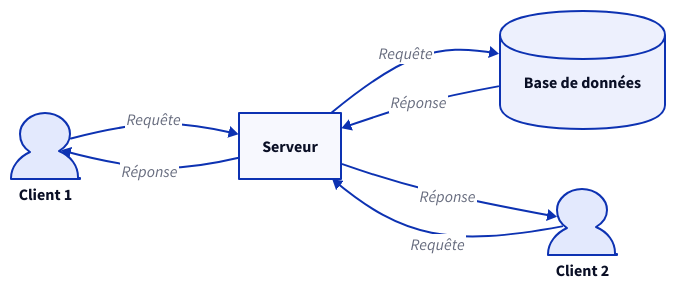
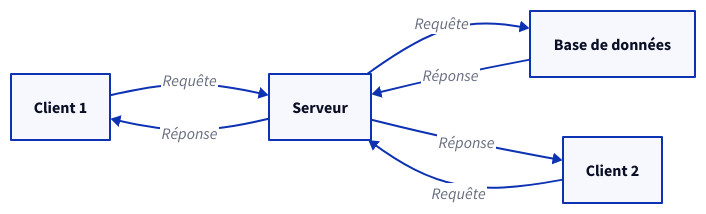
The diagram in out/diagram_iter2.d2 (Ibne29/d2lang-vision-llm), drawn with D2 before and after one commit. The commit also changed 11 other files, not shown here.

Commit message:
ajout des graphes d evaluation

```diff
--- a/out/diagram_iter2.d2
+++ b/out/diagram_iter2.d2
@@ -1,29 +1,13 @@
 direction: right
 
-# Client 1
-client1: Client 1 {
-  shape: person
-}
+client1: Client 1
+client2: Client 2
+server: Serveur
+database: Base de données
 
-# Client 2
-client2: Client 2 {
-  shape: person
-}
-
-# Serveur
-server: Serveur {
-  shape: rectangle
-}
-
-# Base de données
-database: Base de données {
-  shape: cylinder
-}
-
-# Connexions
 client1 -> server: Requête
 client2 -> server: Requête
 server -> database: Requête
 database -> server: Réponse
 server -> client1: Réponse
 server -> client2: Réponse
```
